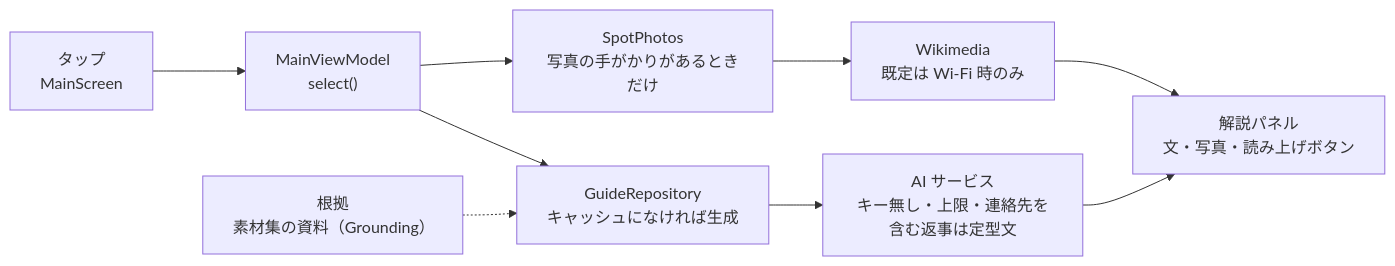
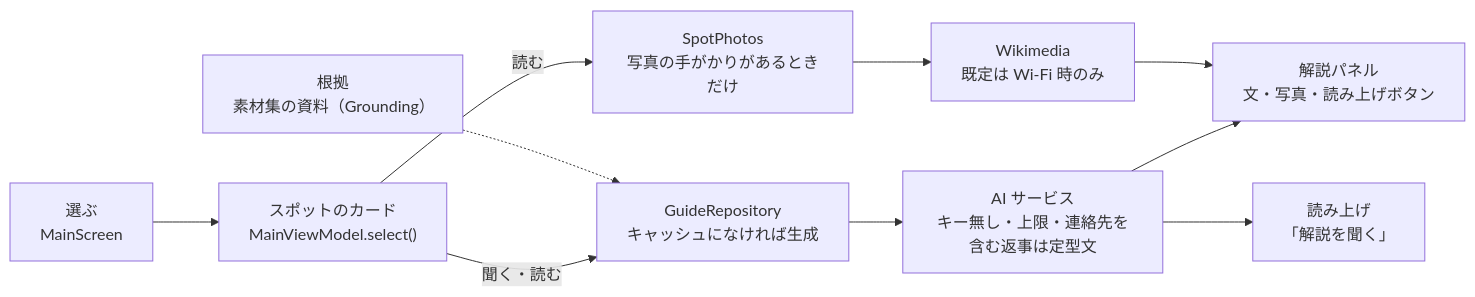
One commit to duwenji/yorisoi-sanpoguide changed the fourth of 8 diagrams in docs/architecture.md. Above: the diagram before and after it, drawn with Mermaid. The commit also changed other lines of this file and 9 other files, not shown here.

First line of the commit message:
feat(ui): map-first main screen

````diff
--- a/docs/architecture.md
+++ b/docs/architecture.md
@@ -155,11 +155,12 @@
 ```mermaid
 flowchart LR
-  Tap["タップ<br/>MainScreen"] --> Select["MainViewModel<br/>select()"]
-  Select --> Guide["GuideRepository<br/>キャッシュになければ生成"]
-  Select --> Photos["SpotPhotos<br/>写真の手がかりがあるときだけ"]
+  Tap["選ぶ<br/>MainScreen"] --> Card["スポットのカード<br/>MainViewModel.select()"]
+  Card -- "聞く・読む" --> Guide["GuideRepository<br/>キャッシュになければ生成"]
+  Card -- "読む" --> Photos["SpotPhotos<br/>写真の手がかりがあるときだけ"]
   Grounds["根拠<br/>素材集の資料（Grounding）"] -.-> Guide
   Guide --> AI["AI サービス<br/>キー無し・上限・連絡先を含む返事は定型文"]
   Photos --> Wiki["Wikimedia<br/>既定は Wi-Fi 時のみ"]
   AI --> Panel["解説パネル<br/>文・写真・読み上げボタン"]
+  AI --> Speak["読み上げ<br/>「解説を聞く」"]
   Wiki --> Panel
 ```
````
